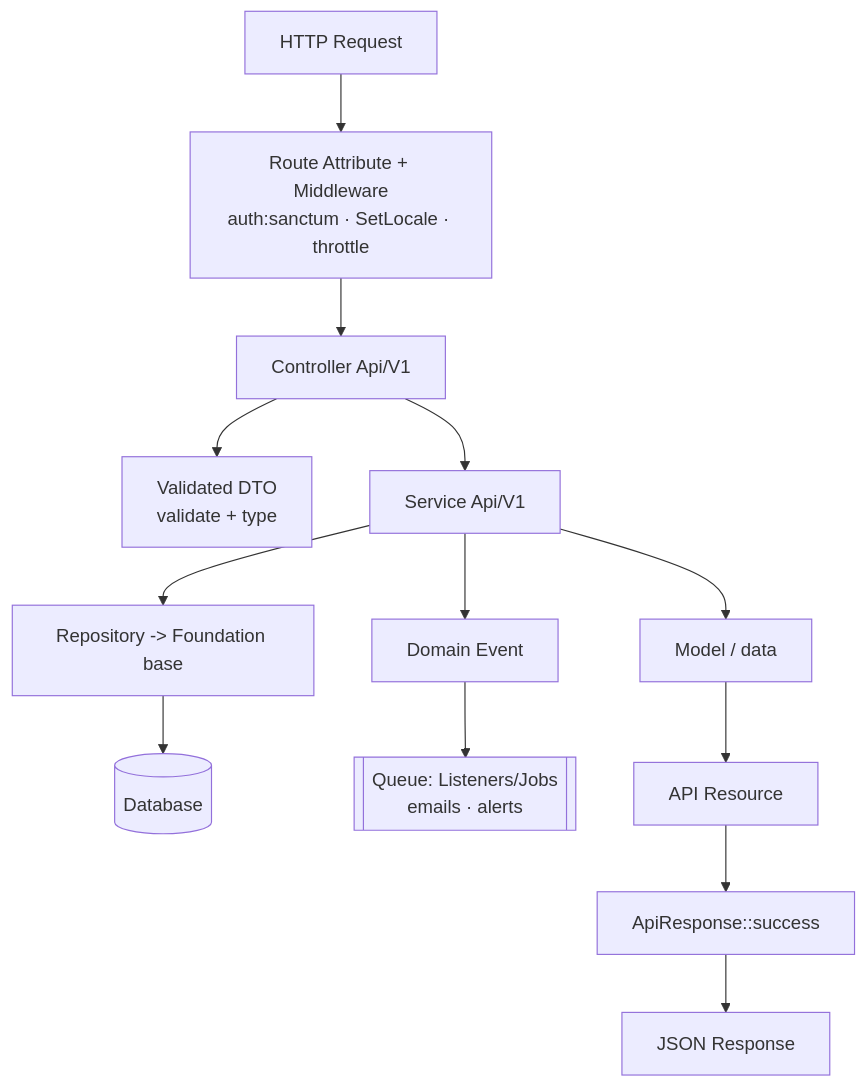
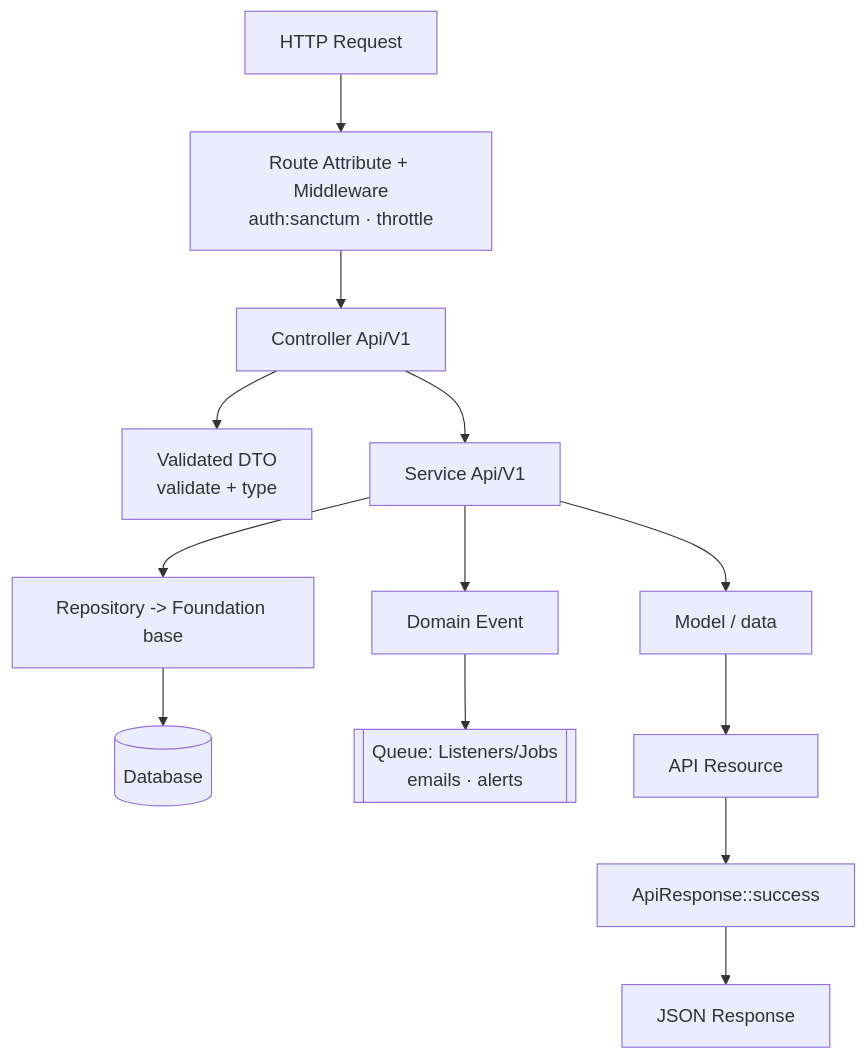
Before and after one commit to Ahmedibrahim1998/ecommerce-api: the diagram in docs/02-architecture.md, drawn with Mermaid. The commit also changed other lines of this file and 3 other files, not shown here.

````diff
--- a/docs/02-architecture.md
+++ b/docs/02-architecture.md
@@ -68,15 +68,15 @@
 ```mermaid
 flowchart TD
-    A[HTTP Request] --> B[Route Attribute + Middleware<br/>auth:sanctum · SetLocale · throttle]
+    A[HTTP Request] --> B[Route Attribute + Middleware<br/>auth:sanctum · throttle]
     B --> C[Controller Api/V1]
     C --> D[Validated DTO<br/>validate + type]
     C --> E[Service Api/V1]
     E --> F[Repository -> Foundation base]
     F --> G[(Database)]
     E --> H[Domain Event]
     H --> I[[Queue: Listeners/Jobs<br/>emails · alerts]]
     E --> J[Model / data]
     J --> K[API Resource]
     K --> L[ApiResponse::success]
     L --> M[JSON Response]
 ```
````
